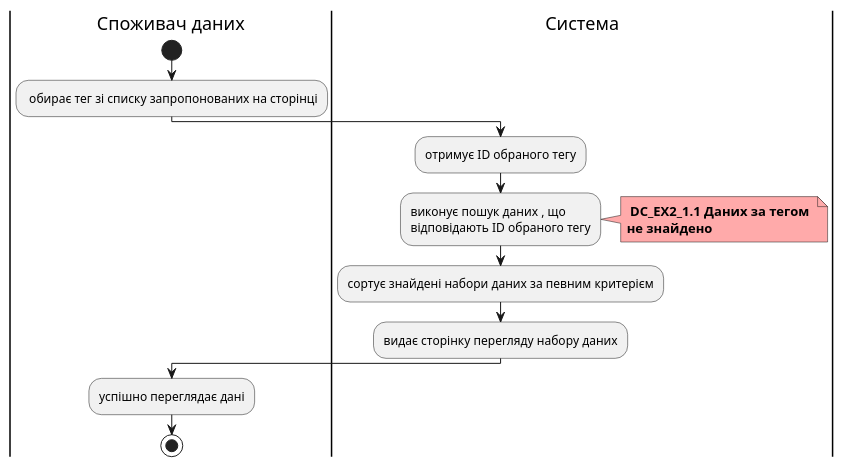
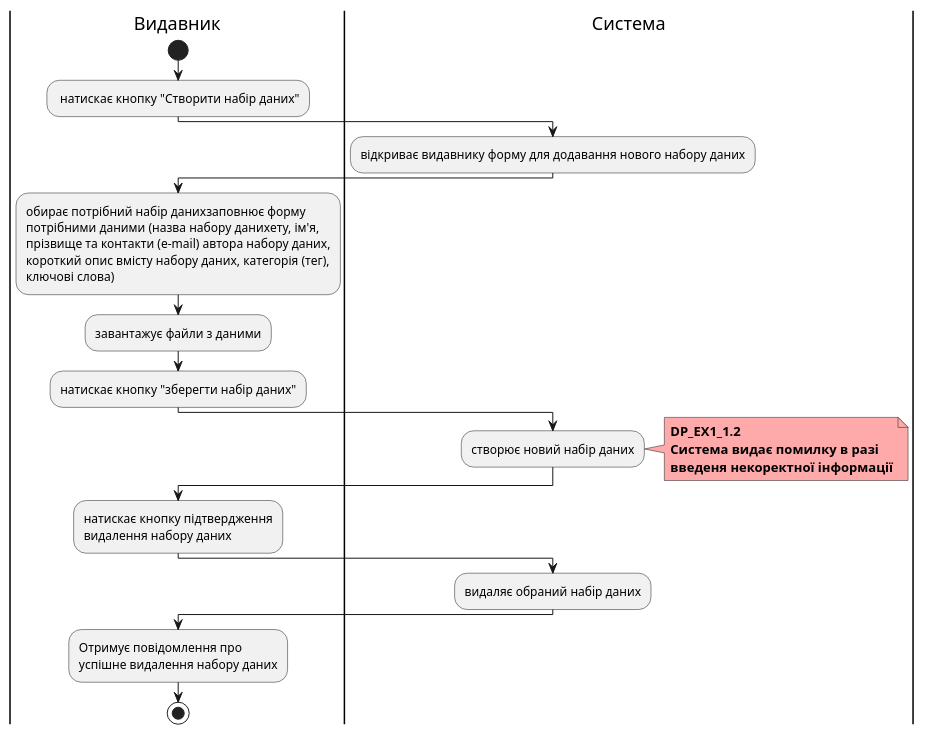
One commit to boldak/edu-db-cw changed the first of 8 diagrams in docs/use cases/DataPublisher.md. Above: the diagram before and after it, drawn with PlantUML. The commit also changed other lines of this file and 1 other file, not shown here.

```diff
--- a/docs/use cases/DataPublisher.md
+++ b/docs/use cases/DataPublisher.md
@@ -121,20 +26,33 @@
 @startuml
 
-    |Споживач даних|
+    |Видавник|
         start
-        : обирає тег зі списку запропонованих на сторінці;
+        : натискає кнопку "Створити набір даних";
     |Система|
-        :отримує ID обраного тегу;
-        :виконує пошук даних , що
-        відповідають ID обраного тегу;
+        :відкриває видавнику форму для додавання нового набору даних;
+    |Видавник|
+        :обирає потрібний набiр данихзаповнює форму
+        потрібними даними (назва набору данихету, ім'я,
+        прізвище та контакти (e-mail) автора набору даних,
+        короткий опис вмісту набору даних, категорія (тег),
+        ключові слова);
+        :завантажує файли з даними;
+        :натискає кнопку "зберегти набір даних";
+    |Система|
+        :створює новий набір даних;  
         note right #ffaaaa
-        <b> DС_EX2_1.1 Даних за тегом 
-        <b>не знайдено
+        <b>DP_EX1_1.2
+        <b>Система видає помилку в разі
+        <b>введеня некоректної інформації
         end note
-        :сортує знайдені набори даних за певним критерієм;
-        :видає сторінку перегляду набору даних;
-    |Споживач даних|
-        :успішно переглядає дані;
+    |Видавник|
+        :натискає кнопку підтвердження
+        видалення набору даних;
+    |Система|
+        :видаляє обраний набiр даних;
+    |Видавник|
+        :Отримує повідомлення про 
+        успішне видалення набору даних;
         stop;
 
 @enduml
```
